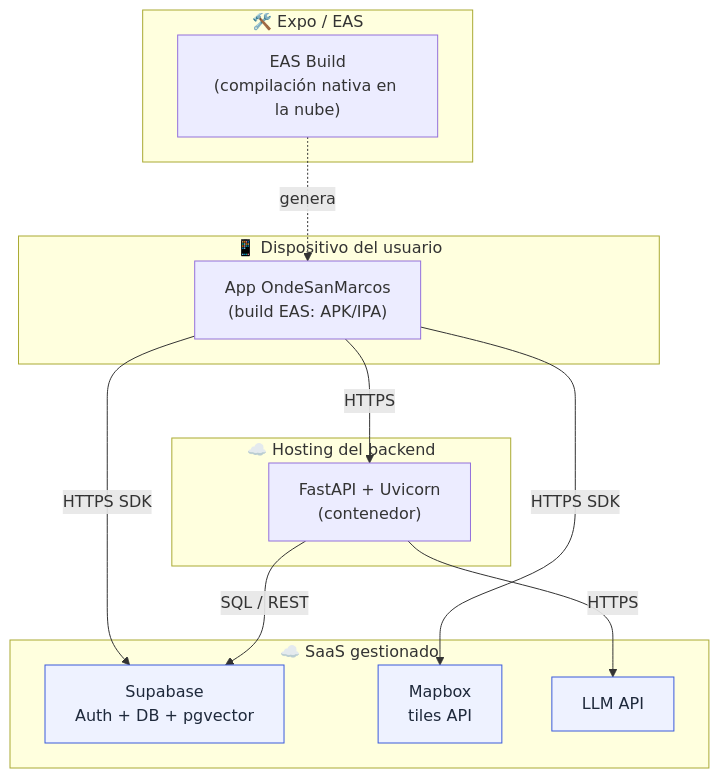
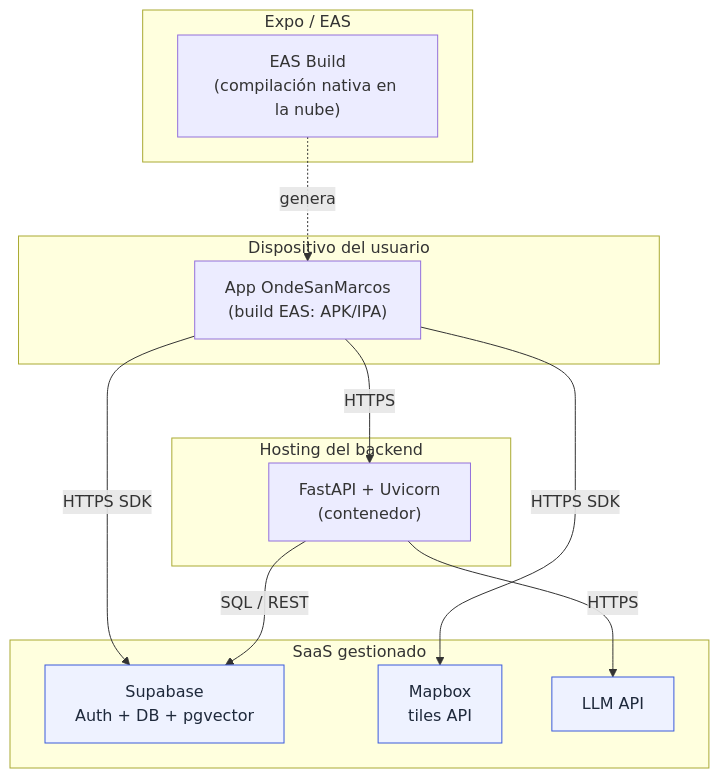
Before and after one commit to frank777ch/OndeSanMarcos: the third of 5 diagrams in documents/01-arquitectura-general.md, drawn with Mermaid. The commit also changed other lines of this file and 7 other files, not shown here.

````diff
--- a/documents/01-arquitectura-general.md
+++ b/documents/01-arquitectura-general.md
@@ -133,30 +137,30 @@
 ```mermaid
 graph TB
-    subgraph device["📱 Dispositivo del usuario"]
+    subgraph device["Dispositivo del usuario"]
         binary["App OndeSanMarcos<br/>(build EAS: APK/IPA)"]
     end
 
-    subgraph eas["🛠️ Expo / EAS"]
+    subgraph eas["Expo / EAS"]
         build["EAS Build<br/>(compilación nativa en la nube)"]
     end
 
-    subgraph host["☁️ Hosting del backend"]
+    subgraph host["Hosting del backend"]
         fastapi["FastAPI + Uvicorn<br/>(contenedor)"]
     end
 
-    subgraph saas["☁️ SaaS gestionado"]
+    subgraph saas["SaaS gestionado"]
         sb["Supabase<br/>Auth + DB + pgvector"]
         mb["Mapbox<br/>tiles API"]
         llmapi["LLM API"]
     end
 
     build -.->|genera| binary
     binary -->|HTTPS| fastapi
     binary -->|HTTPS SDK| sb
     binary -->|HTTPS SDK| mb
     fastapi -->|SQL / REST| sb
     fastapi -->|HTTPS| llmapi
 
     classDef saas fill:#eef2ff,stroke:#3b5bdb,color:#1e293b;
     class sb,mb,llmapi saas;
 ```
````
